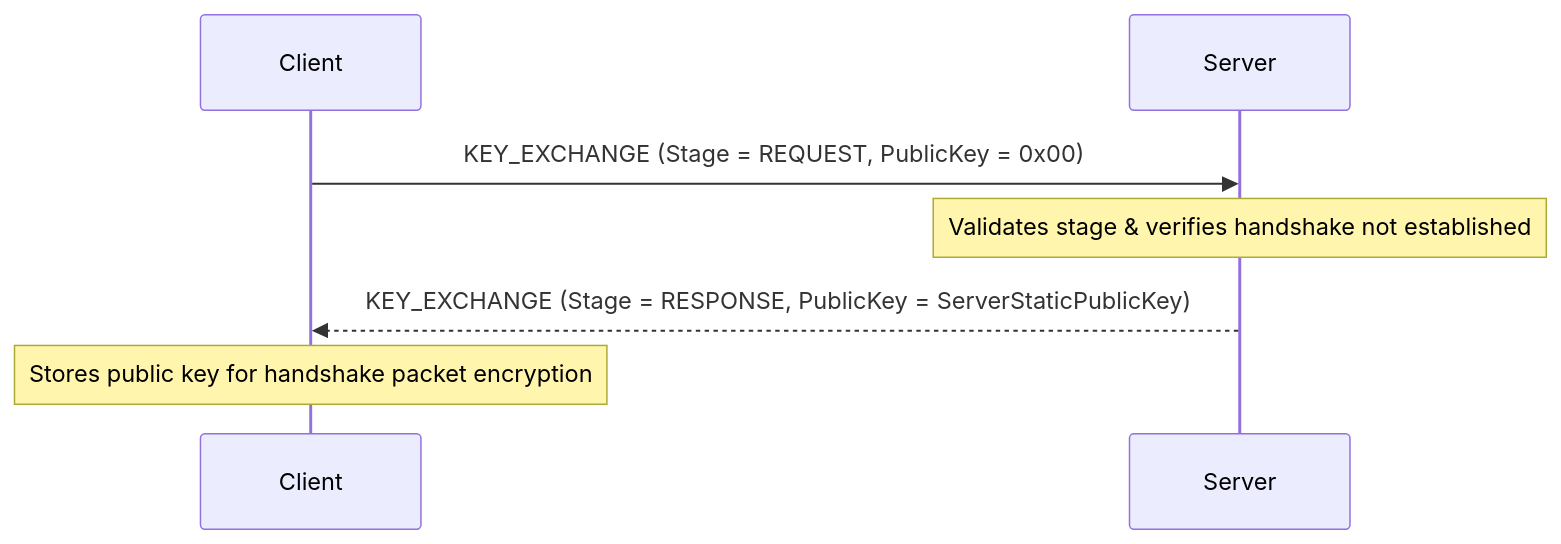
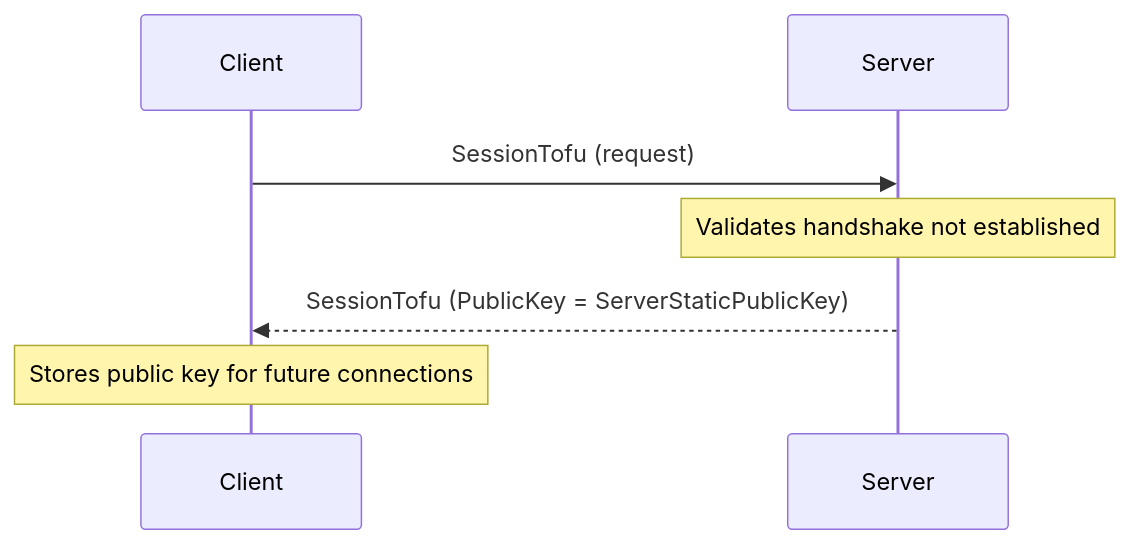
The diagram in docs/api/security/key-exchange.md (ppn-systems/Nalix), drawn with Mermaid before and after one commit. The commit also changed other lines of this file and 524 other files, not shown here.

````diff
--- a/docs/api/security/key-exchange.md
+++ b/docs/api/security/key-exchange.md
@@ -13,10 +18,10 @@
 ```mermaid
 sequenceDiagram
     participant Client
     participant Server
 
-    Client->>Server: KEY_EXCHANGE (Stage = REQUEST, PublicKey = 0x00)
-    Note over Server: Validates stage & verifies handshake not established
-    Server-->>Client: KEY_EXCHANGE (Stage = RESPONSE, PublicKey = ServerStaticPublicKey)
-    Note over Client: Stores public key for handshake packet encryption
+    Client->>Server: SessionTofu (request)
+    Note over Server: Validates handshake not established
+    Server-->>Client: SessionTofu (PublicKey = ServerStaticPublicKey)
+    Note over Client: Stores public key for future connections
 ```
````
